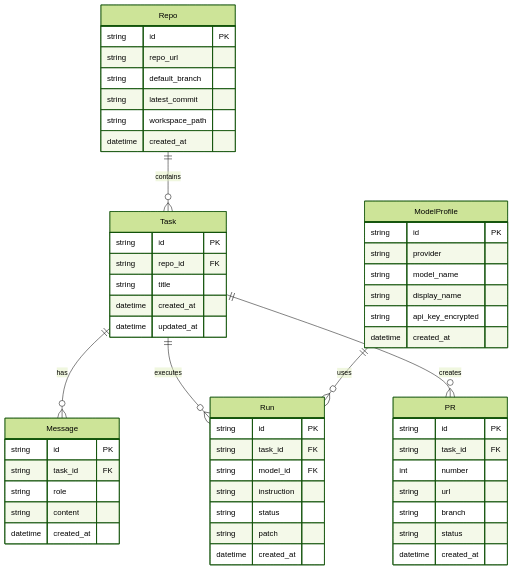
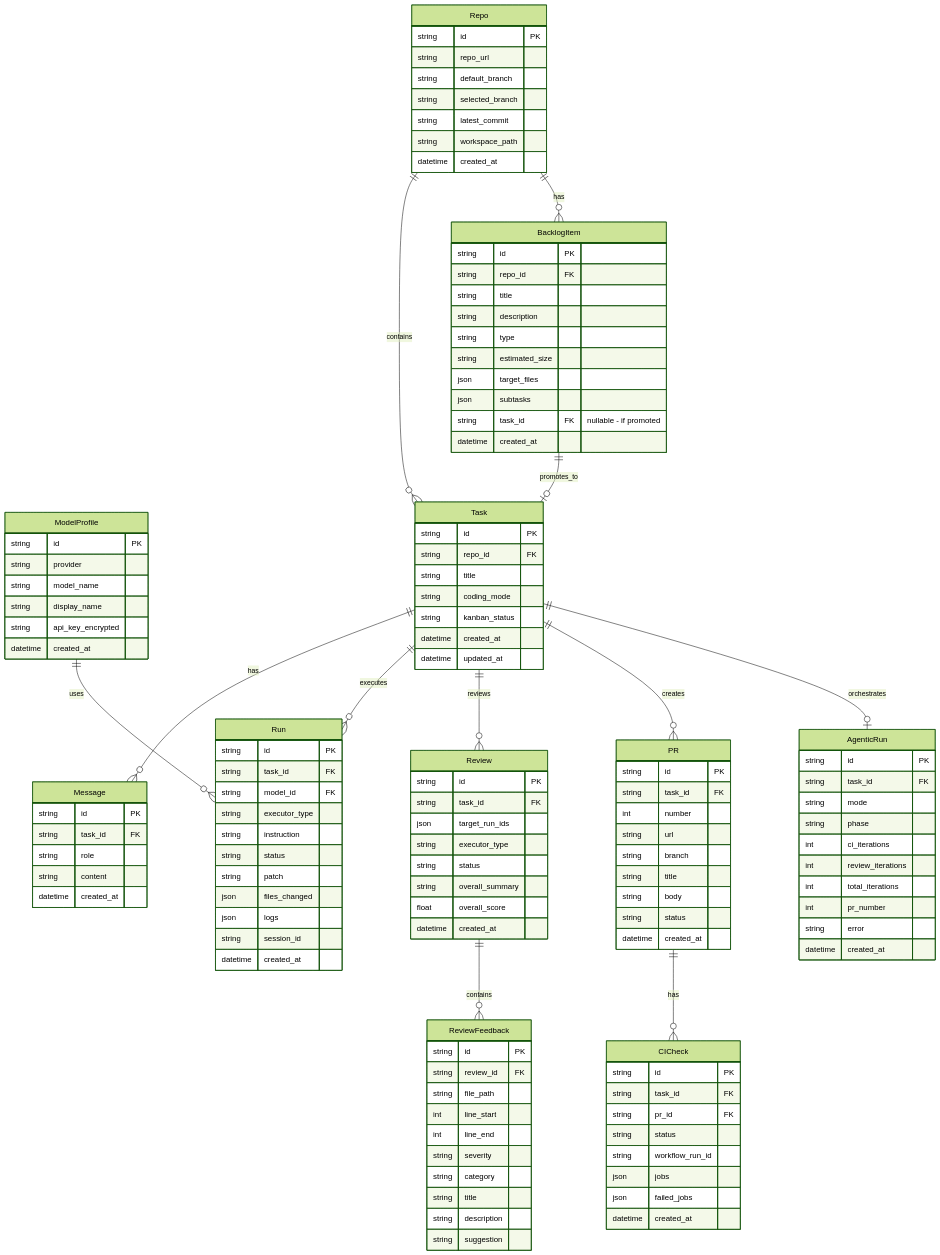
Before and after one commit to hampen2929/zloth: diagram 15 of 15 in docs/architecture.md, drawn with Mermaid (forest theme). The commit also changed other lines of this file, not shown here.

First line of the commit message:
Update architecture documentation with current implementation

````diff
--- a/docs/architecture.md
+++ b/docs/architecture.md
@@ -337,6 +633,7 @@
         string id PK
         string repo_url
         string default_branch
+        string selected_branch
         string latest_commit
         string workspace_path
         datetime created_at
@@ -346,6 +643,8 @@
         string id PK
         string repo_id FK
         string title
+        string coding_mode
+        string kanban_status
         datetime created_at
         datetime updated_at
     }
@@ -362,10 +661,38 @@
         string id PK
         string task_id FK
         string model_id FK
+        string executor_type
         string instruction
         string status
         string patch
+        json files_changed
+        json logs
+        string session_id
         datetime created_at
+    }
+
+    Review {
+        string id PK
+        string task_id FK
+        json target_run_ids
+        string executor_type
+        string status
+        string overall_summary
+        float overall_score
+        datetime created_at
+    }
+
+    ReviewFeedback {
+        string id PK
+        string review_id FK
+        string file_path
+        int line_start
+        int line_end
+        string severity
+        string category
+        string title
+        string description
+        string suggestion
     }
 
     PR {
@@ -374,13 +701,58 @@
         int number
         string url
         string branch
+        string title
+        string body
         string status
         datetime created_at
     }
 
+    BacklogItem {
+        string id PK
+        string repo_id FK
+        string title
+        string description
+        string type
+        string estimated_size
+        json target_files
+        json subtasks
+        string task_id FK "nullable - if promoted"
+        datetime created_at
+    }
+
+    AgenticRun {
+        string id PK
+        string task_id FK
+        string mode
+        string phase
+        int ci_iterations
+        int review_iterations
+        int total_iterations
+        int pr_number
+        string error
+        datetime created_at
+    }
+
+    CICheck {
+        string id PK
+        string task_id FK
+        string pr_id FK
+        string status
+        string workflow_run_id
+        json jobs
+        json failed_jobs
+        datetime created_at
+    }
+
     Repo ||--o{ Task : contains
+    Repo ||--o{ BacklogItem : has
     Task ||--o{ Message : has
     Task ||--o{ Run : executes
+    Task ||--o{ Review : reviews
     Task ||--o{ PR : creates
+    Task ||--o| AgenticRun : orchestrates
     ModelProfile ||--o{ Run : uses
+    Review ||--o{ ReviewFeedback : contains
+    BacklogItem ||--o| Task : promotes_to
+    PR ||--o{ CICheck : has
 ```
````
